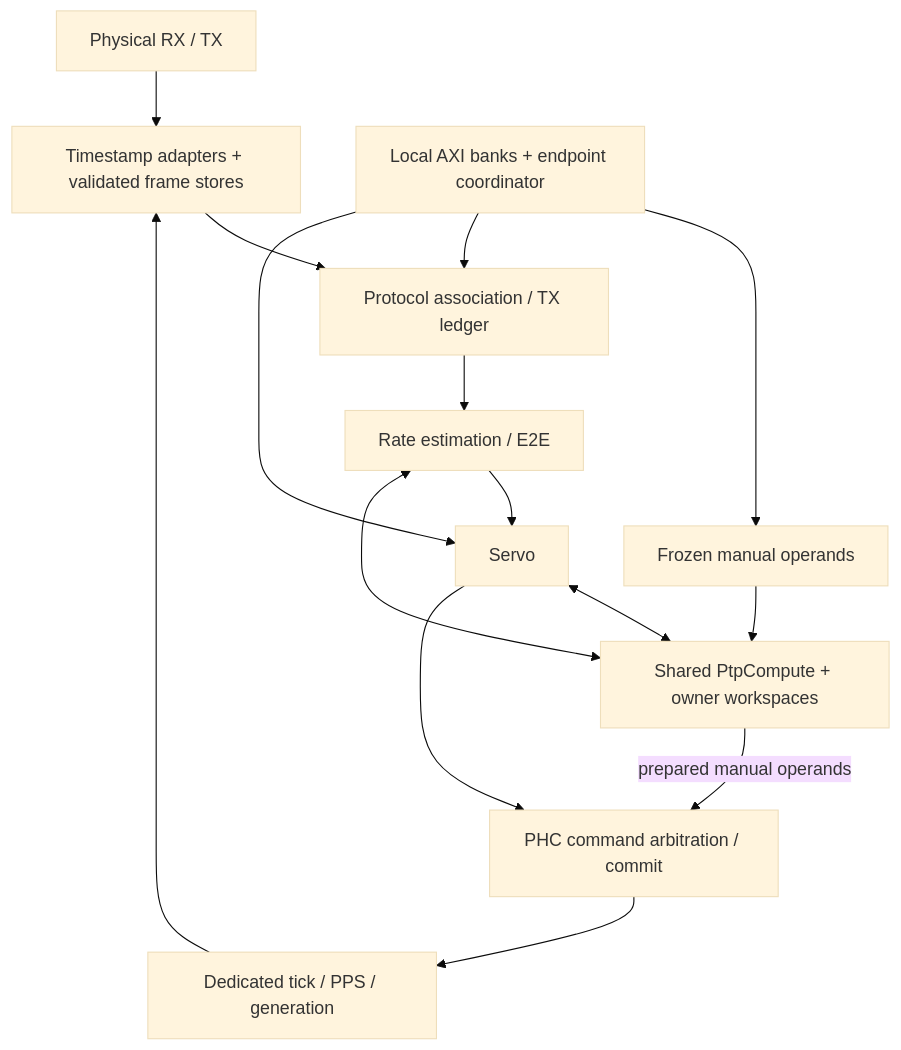
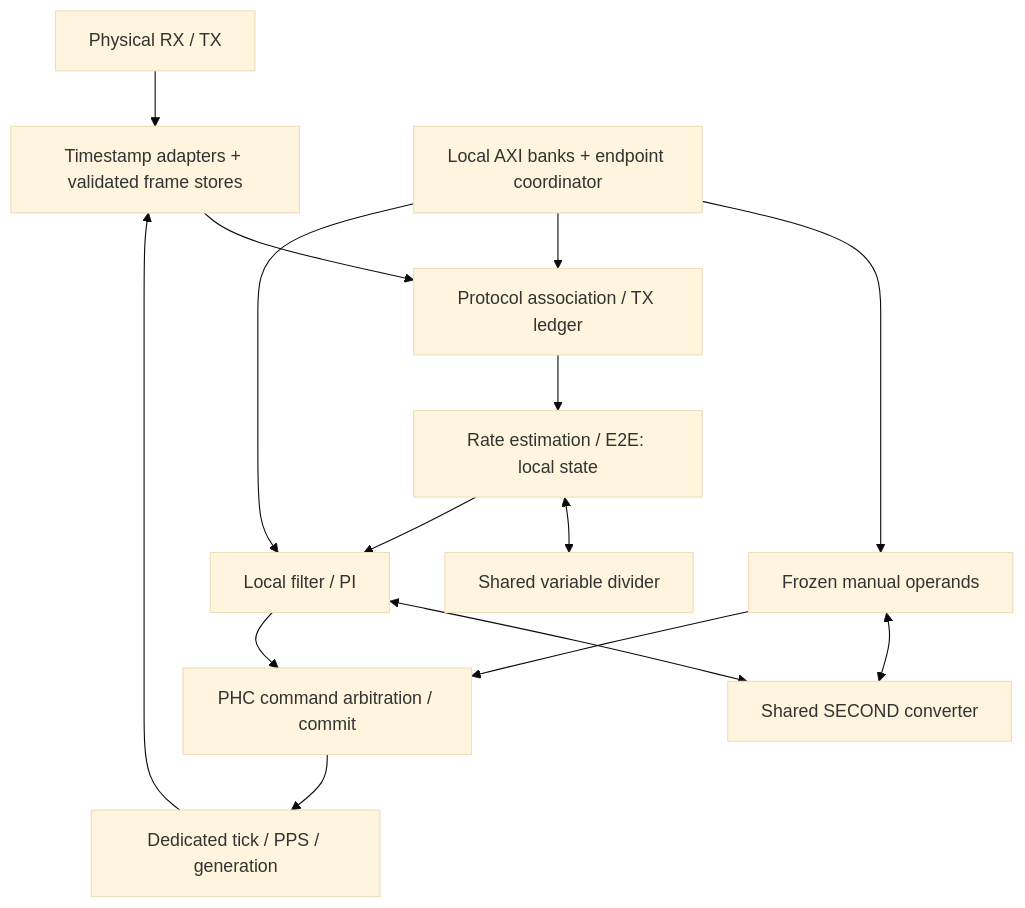
One commit to slaclab/surf changed the diagram in ethernet/PtpCore/architecture.md. Above: the diagram before and after it, drawn with Mermaid (base theme). The commit also changed other lines of this file and 11 other files, not shown here.

First line of the commit message:
Remove PtpComputePkg and PtpComputeWrapper; update related documentation and tests

````diff
--- a/ethernet/PtpCore/architecture.md
+++ b/ethernet/PtpCore/architecture.md
@@ -118,17 +118,17 @@
 ```mermaid
 flowchart TD
     Wire["Physical RX / TX"] --> Capture["Timestamp adapters + validated frame stores"]
     Capture --> Protocol["Protocol association / TX ledger"]
-    Protocol --> Measurement["Rate estimation / E2E"]
-    Measurement --> Servo["Servo"]
-    Measurement <--> Compute["Shared PtpCompute + owner workspaces"]
-    Servo <--> Compute
-    Manual["Frozen manual operands"] --> Compute
+    Protocol --> Measurement["Rate estimation / E2E: local state"]
+    Measurement <--> Divide["Shared variable divider"]
+    Measurement --> Servo["Local filter / PI"]
+    Servo <--> Second["Shared SECOND converter"]
+    Manual["Frozen manual operands"] <--> Second
     Servo --> PHC["PHC command arbitration / commit"]
-    Compute -->|"prepared manual operands"| PHC
+    Manual --> PHC
     PHC --> Tick["Dedicated tick / PPS / generation"]
     Tick --> Capture
     AXI["Local AXI banks + endpoint coordinator"] --> Manual
     AXI --> Protocol
     AXI --> Servo
 ```
````
